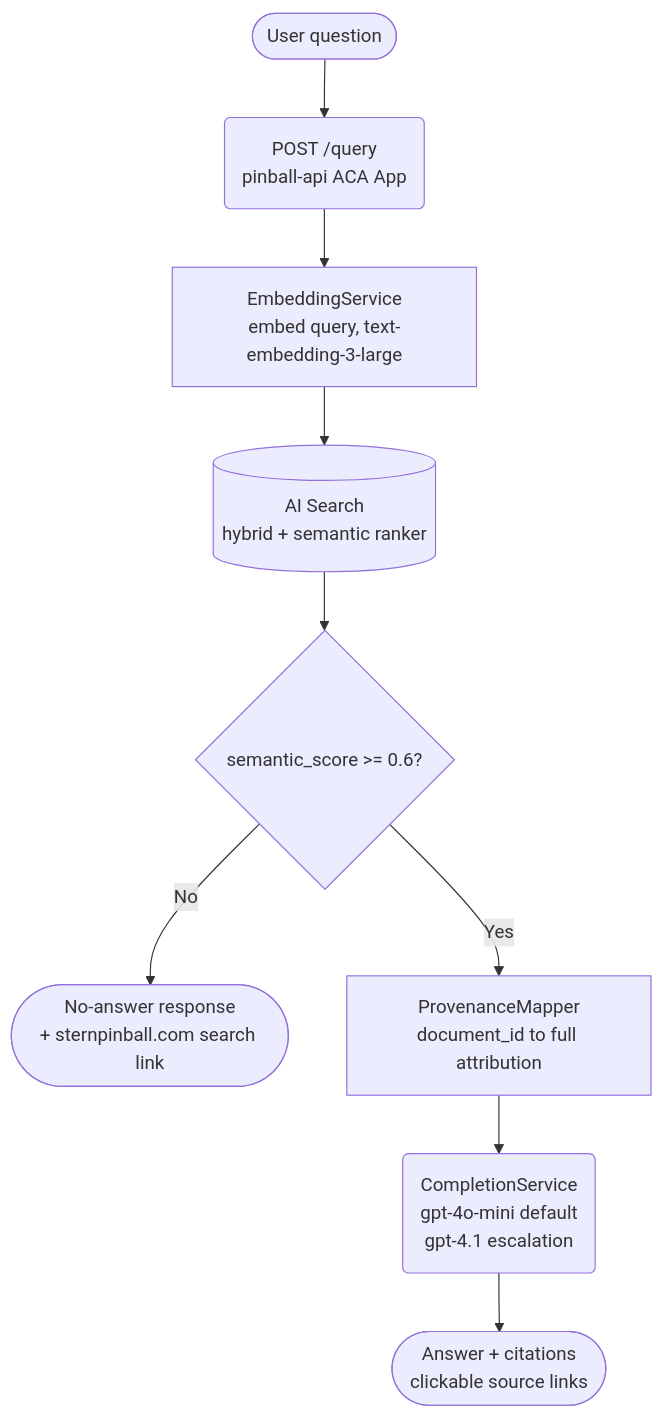
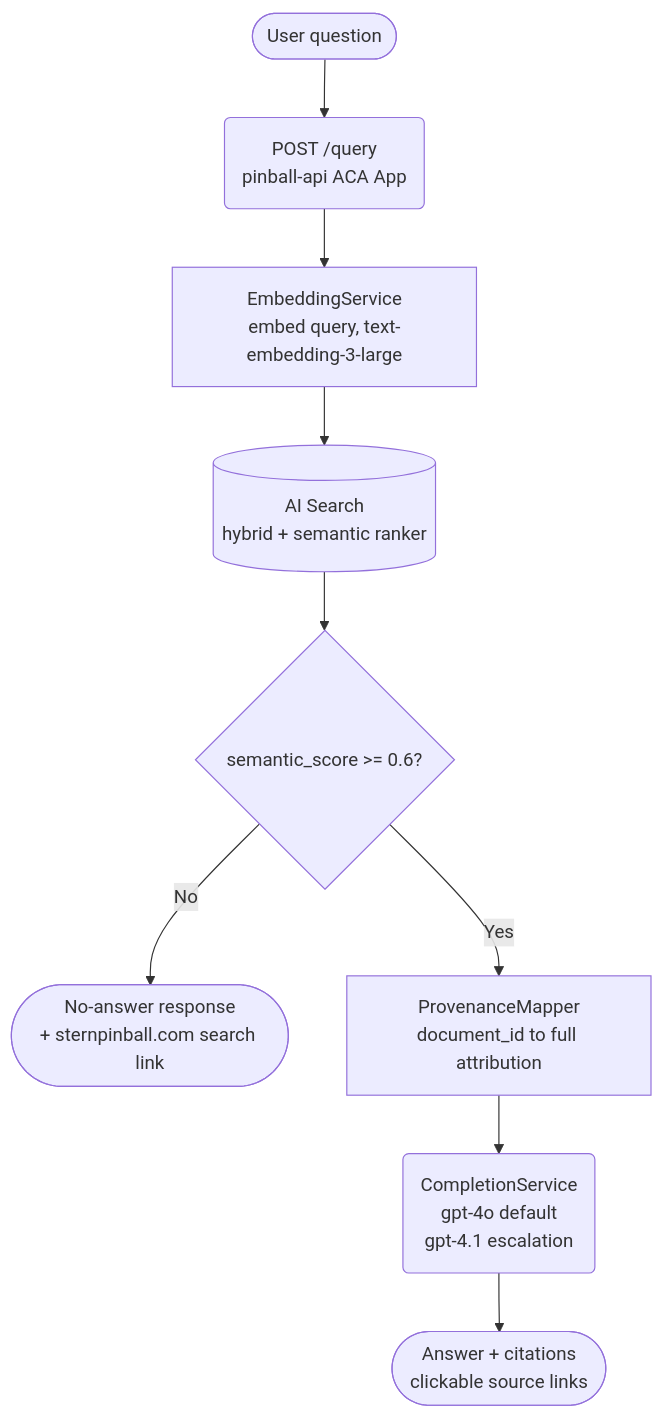
The third of 4 diagrams in docs/infra_analysis.md (Early-Bird-Solutions-LLC/PinballWizard), drawn with Mermaid before and after one commit. The commit also changed other lines of this file and 7 other files, not shown here.

Commit message:
docs(process) correct stale gpt-4o-mini default to gpt-4o (ADR-0015 2026-05-17)

````diff
--- a/docs/infra_analysis.md
+++ b/docs/infra_analysis.md
@@ -157,21 +157,21 @@
 ```mermaid
 graph TB
     User([User question])
     Api(POST /query<br/>pinball-api ACA App)
     Embed[EmbeddingService<br/>embed query, text-embedding-3-large]
     Search[(AI Search<br/>hybrid + semantic ranker)]
     Threshold{semantic_score >= 0.6?}
     Refusal([No-answer response<br/>+ sternpinball.com search link])
     Provenance[ProvenanceMapper<br/>document_id to full attribution]
-    Completion(CompletionService<br/>gpt-4o-mini default<br/>gpt-4.1 escalation)
+    Completion(CompletionService<br/>gpt-4o default<br/>gpt-4.1 escalation)
     Answer([Answer + citations<br/>clickable source links])
 
     User --> Api
     Api --> Embed
     Embed --> Search
     Search --> Threshold
     Threshold -->|No| Refusal
     Threshold -->|Yes| Provenance
     Provenance --> Completion
     Completion --> Answer
 ```
````
